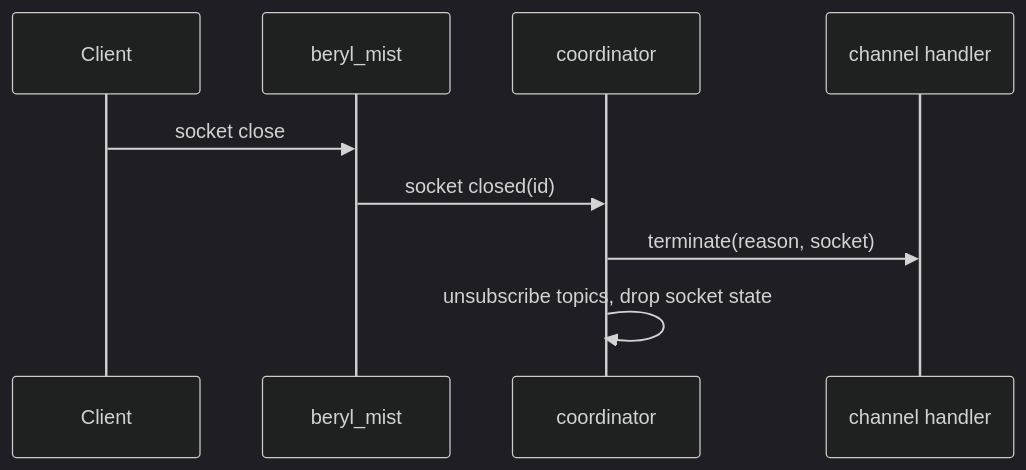
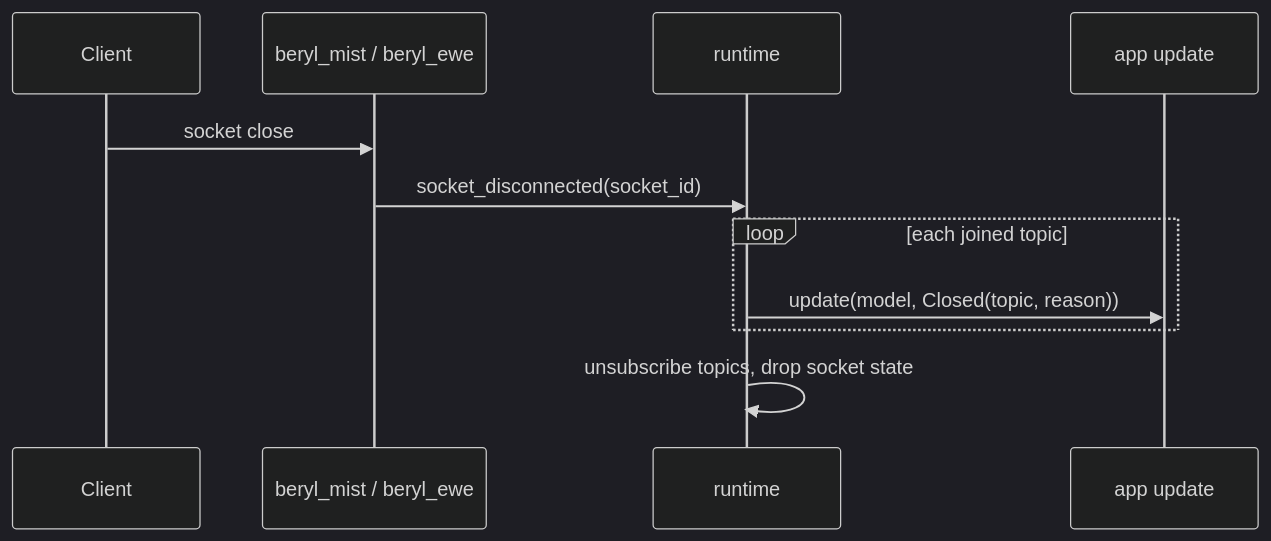
Before and after one commit to tylerbutler/beryl: the eighth of 11 diagrams in docs/architecture-deck.md, drawn with Mermaid (dark theme). The commit also changed other lines of this file and 90 other files, not shown here.

First line of the commit message:
docs(beryl): document app-side dispatch (#267)

````diff
--- a/docs/architecture-deck.md
+++ b/docs/architecture-deck.md
@@ -276,11 +292,13 @@
 ```mermaid
 sequenceDiagram
   participant Client
-  participant Mist as beryl_mist
-  participant Coord as coordinator
-  participant Ch as channel handler
-  Client->>Mist: socket close
-  Mist->>Coord: socket closed(id)
-  Coord->>Ch: terminate(reason, socket)
-  Coord->>Coord: unsubscribe topics, drop socket state
+  participant Transport as beryl_mist / beryl_ewe
+  participant Runtime as runtime
+  participant App as app update
+  Client->>Transport: socket close
+  Transport->>Runtime: socket_disconnected(socket_id)
+  loop each joined topic
+    Runtime->>App: update(model, Closed(topic, reason))
+  end
+  Runtime->>Runtime: unsubscribe topics, drop socket state
 ```
````
